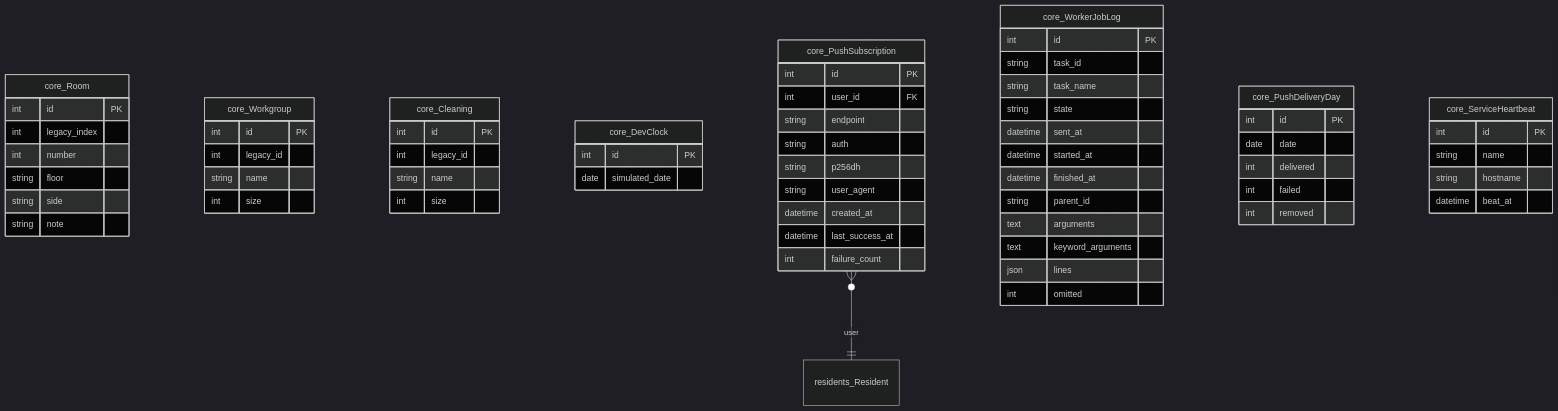
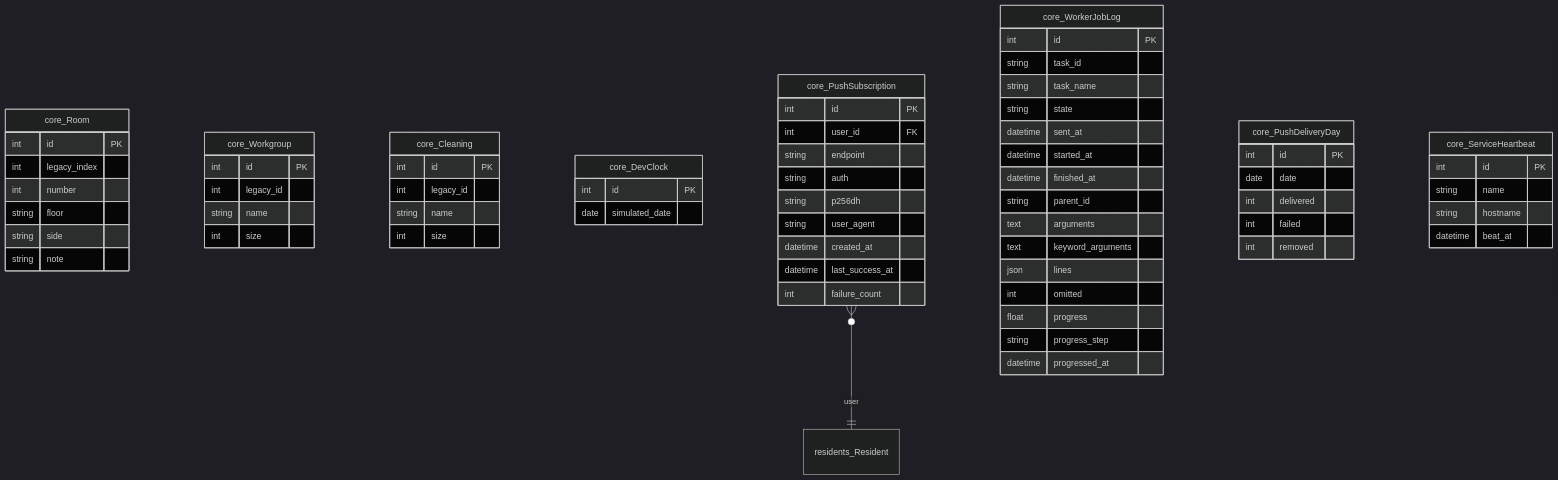
One commit to GAHK-org/gahk_intern changed the sixth of 18 diagrams in docs/erd.md. Above: the diagram before and after it, drawn with Mermaid (dark theme). The commit also changed other lines of this file and 20 other files, not shown here.

````diff
--- a/docs/erd.md
+++ b/docs/erd.md
@@ -1228,76 +1231,79 @@
 ```mermaid
 erDiagram
     core_Room {
         int id PK
         int legacy_index
         int number
         string floor
         string side
         string note
     }
 
     core_Workgroup {
         int id PK
         int legacy_id
         string name
         int size
     }
 
     core_Cleaning {
         int id PK
         int legacy_id
         string name
         int size
     }
 
     core_DevClock {
         int id PK
         date simulated_date
     }
 
     core_PushSubscription {
         int id PK
         int user_id FK
         string endpoint
         string auth
         string p256dh
         string user_agent
         datetime created_at
         datetime last_success_at
         int failure_count
     }
 
     core_WorkerJobLog {
         int id PK
         string task_id
         string task_name
         string state
         datetime sent_at
         datetime started_at
         datetime finished_at
         string parent_id
         text arguments
         text keyword_arguments
         json lines
         int omitted
+        float progress
+        string progress_step
+        datetime progressed_at
     }
 
     core_PushDeliveryDay {
         int id PK
         date date
         int delivered
         int failed
         int removed
     }
 
     core_ServiceHeartbeat {
         int id PK
         string name
         string hostname
         datetime beat_at
     }
 
     residents_Resident { }
 
     core_PushSubscription }o--|| residents_Resident : "user"
 ```
````
